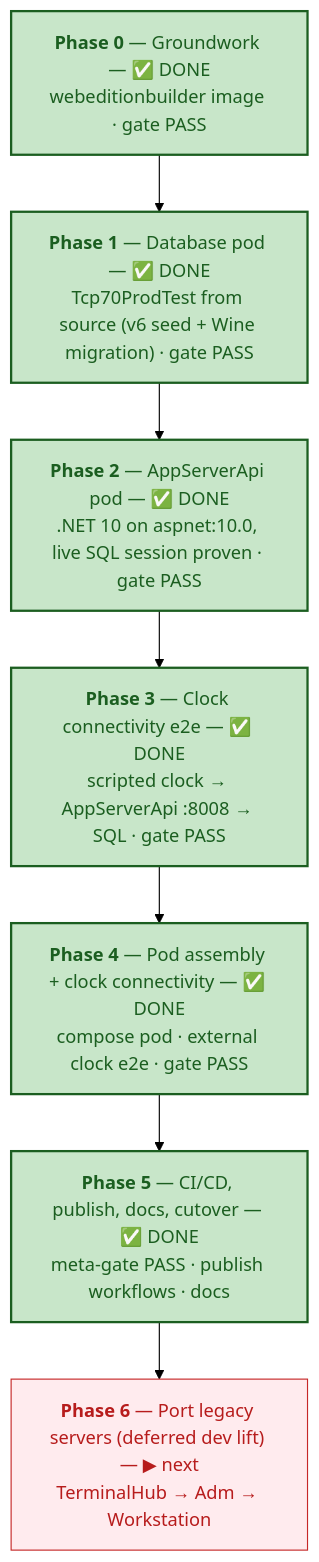
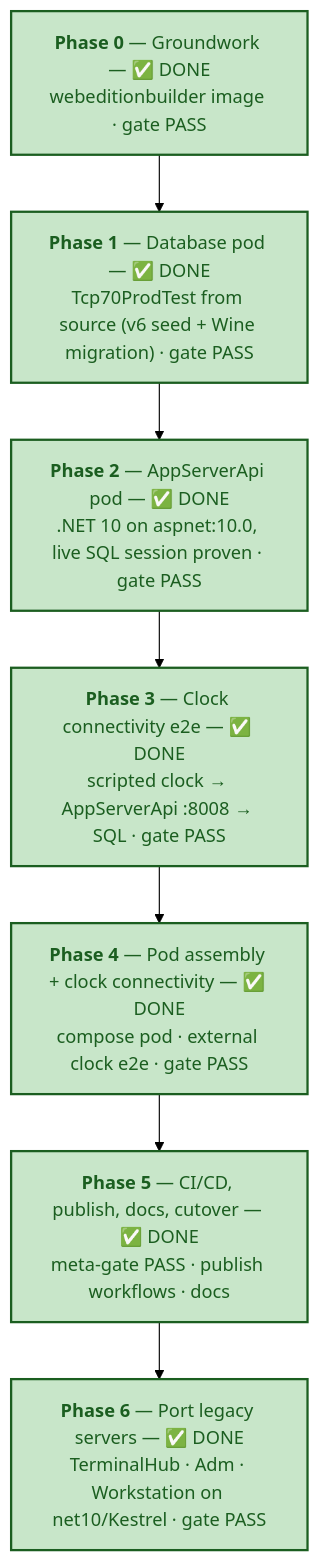
One commit to tcp-software/win11vbox changed the third of 5 diagrams in docs/linux-pod-plan.md. Above: the diagram before and after it, drawn with Mermaid (forest theme). The commit also changed other lines of this file, not shown here.

Commit message:
linux-pod-plan: Phase 6 COMPLETE -- all three legacy hubs run on net10/Linux (gates PASS)

````diff
--- a/docs/linux-pod-plan.md
+++ b/docs/linux-pod-plan.md
@@ -148,18 +148,18 @@
 ```mermaid
 flowchart TD
     classDef now  fill:#e8f5e9,stroke:#2e7d32,color:#1b5e20;
     classDef lift fill:#ffebee,stroke:#c62828,color:#b71c1c;
     classDef base fill:#fff3e0,stroke:#e65100,color:#bf360c;
 
     classDef done fill:#c8e6c9,stroke:#1b5e20,color:#1b5e20,stroke-width:2px;
 
     P0["<b>Phase 0</b> — Groundwork — ✅ DONE<br/>webeditionbuilder image · gate PASS"]:::done
     P1["<b>Phase 1</b> — Database pod — ✅ DONE<br/>Tcp70ProdTest from source (v6 seed + Wine migration) · gate PASS"]:::done
     P2["<b>Phase 2</b> — AppServerApi pod — ✅ DONE<br/>.NET 10 on aspnet:10.0, live SQL session proven · gate PASS"]:::done
     P3["<b>Phase 3</b> — Clock connectivity e2e — ✅ DONE<br/>scripted clock → AppServerApi :8008 → SQL · gate PASS"]:::done
     P4["<b>Phase 4</b> — Pod assembly + clock connectivity — ✅ DONE<br/>compose pod · external clock e2e · gate PASS"]:::done
     P5["<b>Phase 5</b> — CI/CD, publish, docs, cutover — ✅ DONE<br/>meta-gate PASS · publish workflows · docs"]:::done
-    P6["<b>Phase 6</b> — Port legacy servers (deferred dev lift) — ▶ next<br/>TerminalHub → Adm → Workstation"]:::lift
+    P6["<b>Phase 6</b> — Port legacy servers — ✅ DONE<br/>TerminalHub · Adm · Workstation on net10/Kestrel · gate PASS"]:::done
 
     P0 --> P1 --> P2 --> P3 --> P4 --> P5 --> P6
 ```
````
